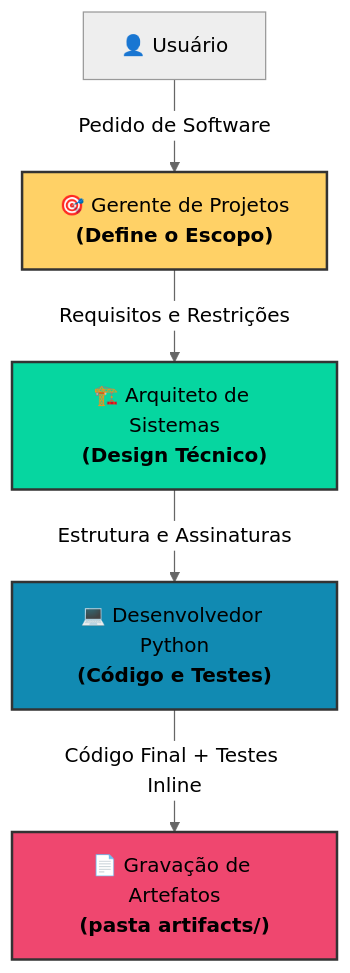
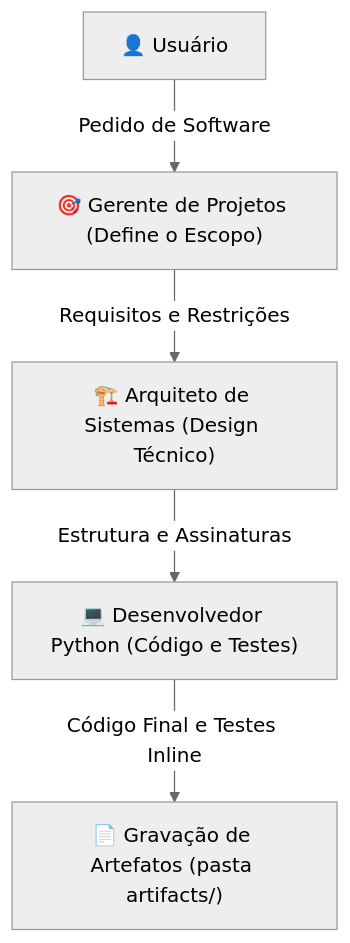
One commit to vsvasconcelos/EdgeAI changed the diagram in README.md. Above: the diagram before and after it, drawn with Mermaid (neutral theme). The commit also changed other lines of this file, not shown here.

Commit message:
Ajustado o README

````diff
--- a/README.md
+++ b/README.md
@@ -38,12 +38,7 @@
 ```mermaid
 graph TD
-    U["👤 Usuário"] -->|Pedido de Software| GP["🎯 Gerente de Projetos<br><b>(Define o Escopo)</b>"]
-    GP -->|Requisitos e Restrições| ARQ["🏗️ Arquiteto de Sistemas<br><b>(Design Técnico)</b>"]
-    ARQ -->|Estrutura e Assinaturas| DEV["💻 Desenvolvedor Python<br><b>(Código e Testes)</b>"]
-    DEV -->|Código Final + Testes Inline| R["📄 Gravação de Artefatos<br><b>(pasta artifacts/)</b>"]
-    
-    style GP fill:#ffd166,stroke:#333,stroke-width:2px;
-    style ARQ fill:#06d6a0,stroke:#333,stroke-width:2px;
-    style DEV fill:#118ab2,stroke:#333,stroke-width:2px;
-    style R fill:#ef476f,stroke:#333,stroke-width:2px;
+    U["👤 Usuário"] -->|Pedido de Software| GP["🎯 Gerente de Projetos (Define o Escopo)"]
+    GP -->|Requisitos e Restrições| ARQ["🏗️ Arquiteto de Sistemas (Design Técnico)"]
+    ARQ -->|Estrutura e Assinaturas| DEV["💻 Desenvolvedor Python (Código e Testes)"]
+    DEV -->|Código Final e Testes Inline| R["📄 Gravação de Artefatos (pasta artifacts/)"]
 ```
````
